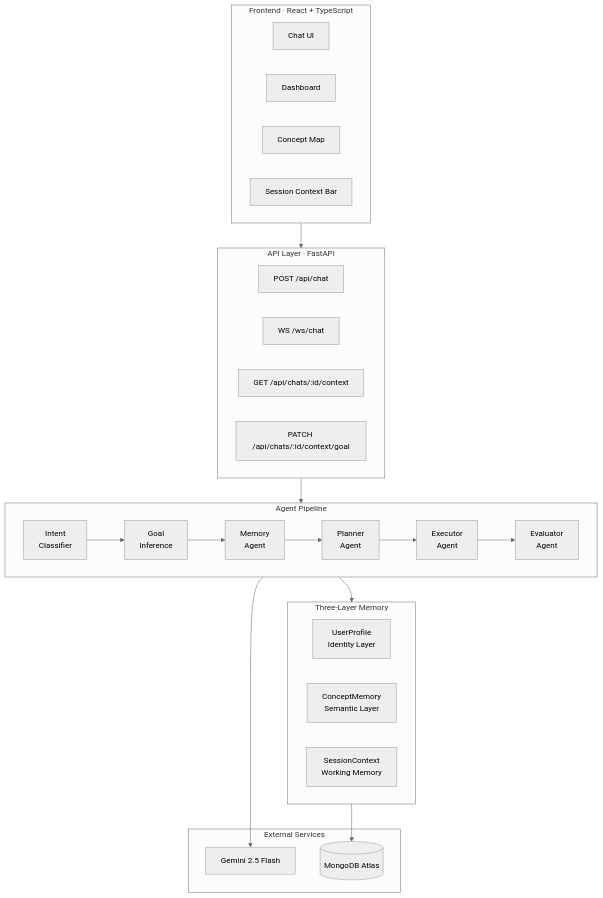
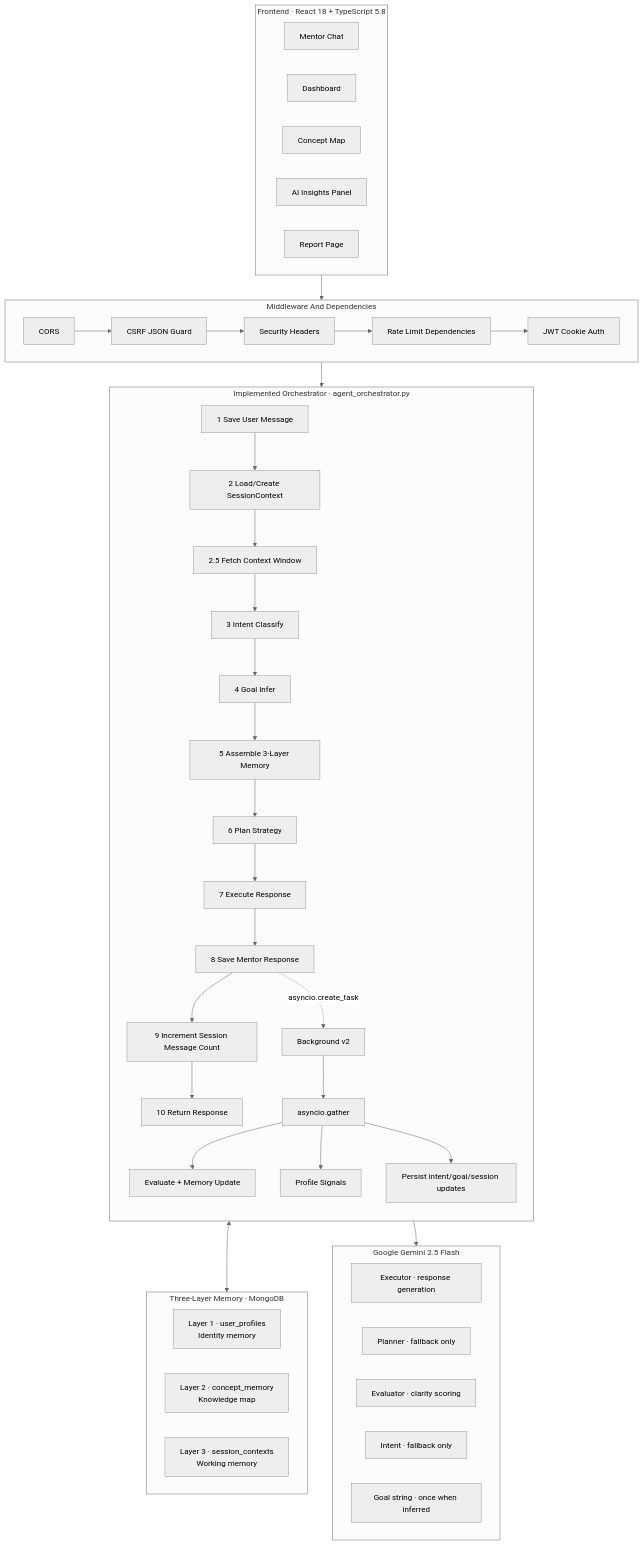
The first of 13 diagrams in README.md (akshanshmaurya/Synapse), drawn with Mermaid (neutral theme) before and after one commit. The commit also changed other lines of this file and 1 other file, not shown here.

````diff
--- a/README.md
+++ b/README.md
@@ -47,44 +45,47 @@
 ```mermaid
 flowchart TD
-    subgraph Client["Frontend · React + TypeScript"]
-        UI[Chat UI]
-        DASH[Dashboard]
-        CMAP[Concept Map]
-        SESS[Session Context Bar]
+    subgraph Frontend["Frontend · React 18 + TypeScript 5.8"]
+        UI["Mentor Chat"]
+        DASH["Dashboard"]
+        CMAP["Concept Map"]
+        SESS["AI Insights Panel"]
+        REP["Report Page"]
     end
-
-    subgraph API["API Layer · FastAPI"]
-        CHAT["POST /api/chat"]
-        WS["WS /ws/chat"]
-        CTX["GET /api/chats/:id/context"]
-        GOAL["PATCH /api/chats/:id/context/goal"]
+    subgraph MW["Middleware And Dependencies"]
+        direction LR
+        CORS["CORS"] --> CSRF["CSRF JSON Guard"] --> SEC["Security Headers"] --> RATE["Rate Limit Dependencies"] --> AUTH["JWT Cookie Auth"]
     end
-
-    subgraph Pipeline["Agent Pipeline"]
-        direction LR
-        IC["Intent\nClassifier"]
-        GI["Goal\nInference"]
-        MA["Memory\nAgent"]
-        PA["Planner\nAgent"]
-        EA["Executor\nAgent"]
-        EV["Evaluator\nAgent"]
+    subgraph ORCH["Implemented Orchestrator · agent_orchestrator.py"]
+        direction TB
+        S1["1 Save User Message"] --> S2["2 Load/Create SessionContext"]
+        S2 --> S25["2.5 Fetch Context Window"]
+        S25 --> S3["3 Intent Classify"]
+        S3 --> S4["4 Goal Infer"]
+        S4 --> S5["5 Assemble 3-Layer Memory"]
+        S5 --> S6["6 Plan Strategy"]
+        S6 --> S7["7 Execute Response"]
+        S7 --> S8["8 Save Mentor Response"]
+        S8 --> S9["9 Increment Session Message Count"]
+        S9 --> S10["10 Return Response"]
+        S8 -.->|"asyncio.create_task"| BG["Background v2"]
+        BG --> GATH["asyncio.gather"]
+        GATH --> EVAL["Evaluate + Memory Update"]
+        GATH --> PSIG["Profile Signals"]
+        GATH --> FINAL["Persist intent/goal/session updates"]
     end
-
-    subgraph Memory["Three-Layer Memory"]
-        L1["UserProfile\nIdentity Layer"]
-        L2["ConceptMemory\nSemantic Layer"]
-        L3["SessionContext\nWorking Memory"]
+    subgraph MEM["Three-Layer Memory · MongoDB"]
+        L1["Layer 1 · user_profiles\nIdentity memory"]
+        L2["Layer 2 · concept_memory\nKnowledge map"]
+        L3["Layer 3 · session_contexts\nWorking memory"]
     end
-
-    subgraph External["External Services"]
-        GEM["Gemini 2.5 Flash"]
-        MONGO[("MongoDB Atlas")]
+    subgraph AI["Google Gemini 2.5 Flash"]
+        G1["Executor · response generation"]
+        G2["Planner · fallback only"]
+        G3["Evaluator · clarity scoring"]
+        G4["Intent · fallback only"]
+        G5["Goal string · once when inferred"]
     end
-
-    Client --> API
-    API --> Pipeline
-    IC --> GI --> MA --> PA --> EA --> EV
-    Pipeline --> Memory
-    Pipeline --> GEM
-    Memory --> MONGO
+    Frontend --> MW --> ORCH
+    ORCH <--> MEM
+    ORCH --> AI
 ```
````
